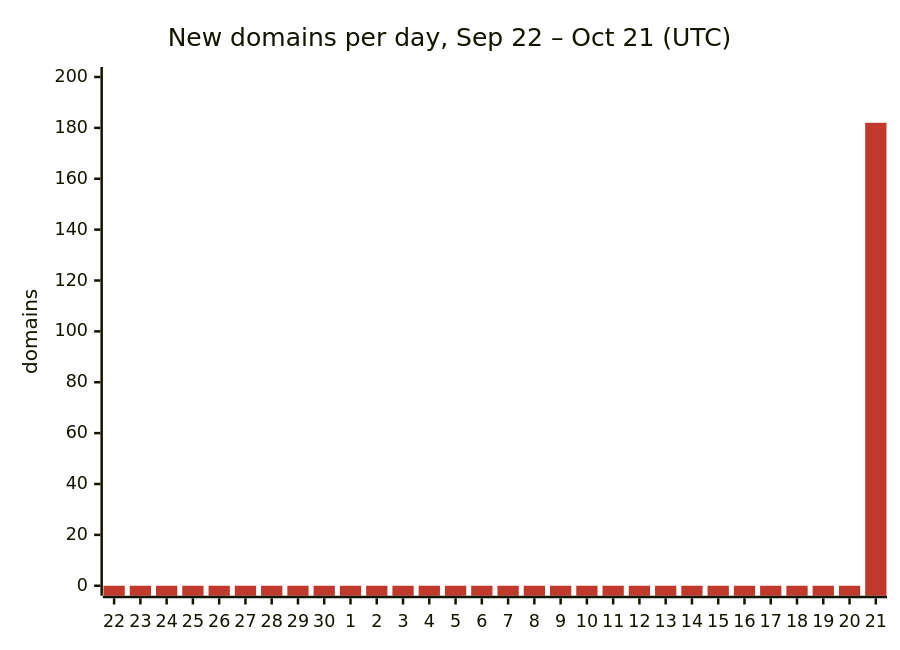
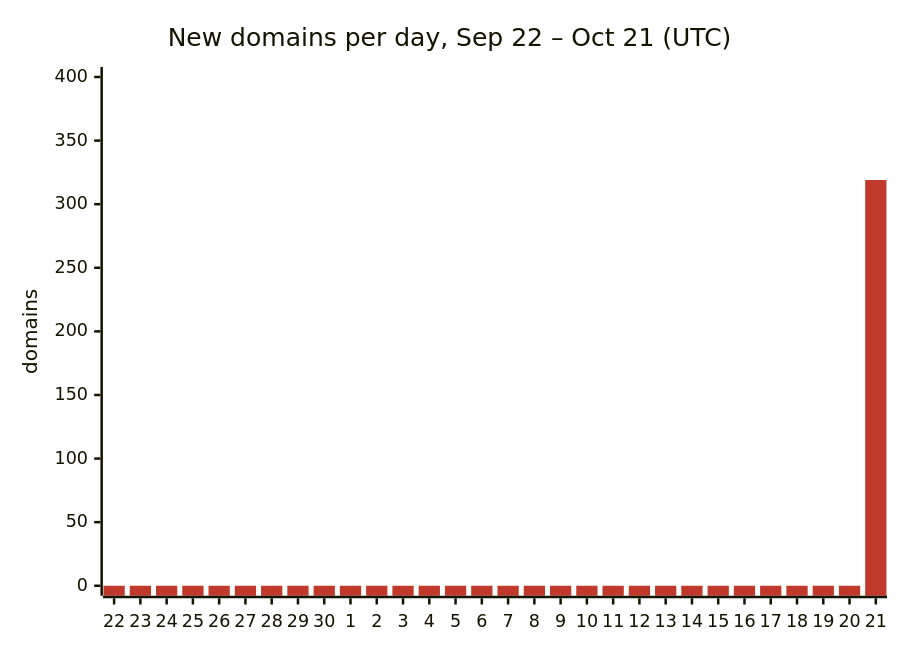
One commit to DNSBunker/CTI changed the first of 2 diagrams in README.md. Above: the diagram before and after it, drawn with Mermaid. The commit also changed other lines of this file and 3 other files, not shown here.

````diff
--- a/README.md
+++ b/README.md
@@ -29,8 +29,8 @@
 ```mermaid
 %%{init: {"themeVariables": {"xyChart": {"plotColorPalette": "#c0392b"}}}}%%
 xychart-beta
     title "New domains per day, Sep 22 – Oct 21 (UTC)"
     x-axis ["22", "23", "24", "25", "26", "27", "28", "29", "30", "1", "2", "3", "4", "5", "6", "7", "8", "9", "10", "11", "12", "13", "14", "15", "16", "17", "18", "19", "20", "21"]
-    y-axis "domains" 0 --> 200
-    bar [0, 0, 0, 0, 0, 0, 0, 0, 0, 0, 0, 0, 0, 0, 0, 0, 0, 0, 0, 0, 0, 0, 0, 0, 0, 0, 0, 0, 0, 182]
+    y-axis "domains" 0 --> 400
+    bar [0, 0, 0, 0, 0, 0, 0, 0, 0, 0, 0, 0, 0, 0, 0, 0, 0, 0, 0, 0, 0, 0, 0, 0, 0, 0, 0, 0, 0, 319]
 ```
````
